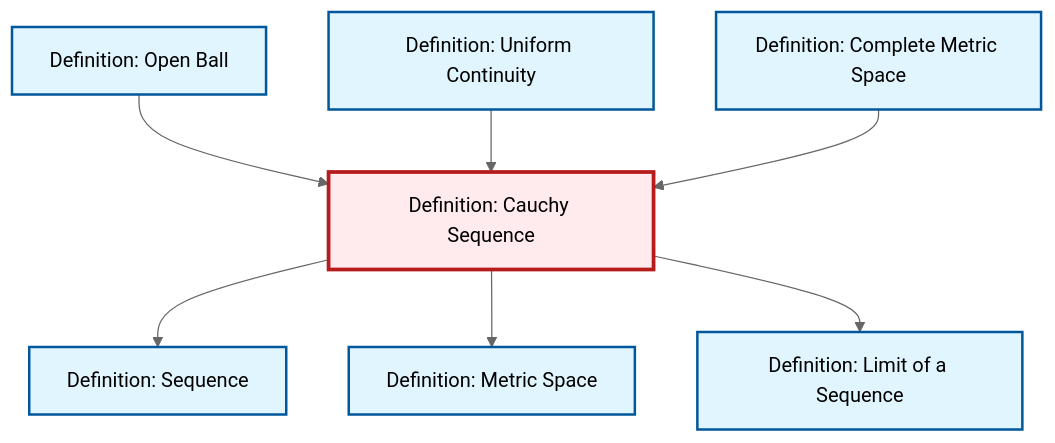
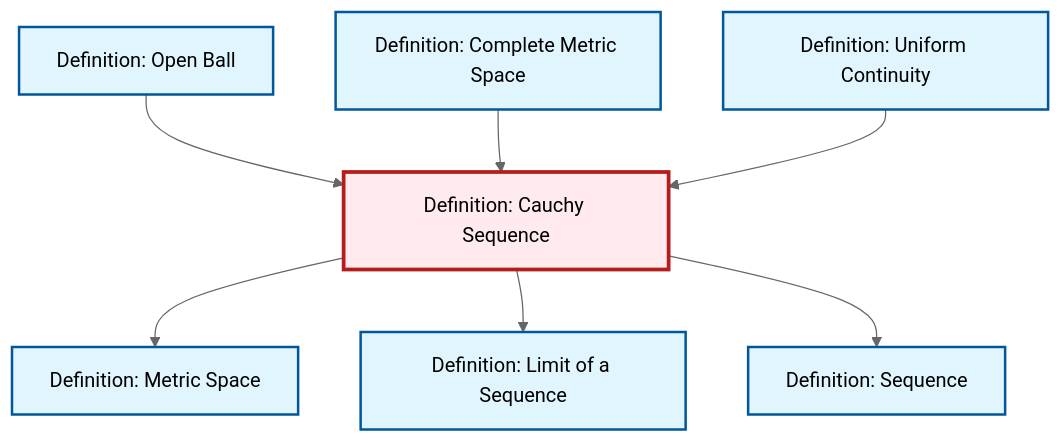
One commit to RK0429/ModernMath changed the diagram in content/en/analysis/def-cauchy-sequence.qmd. Above: the diagram before and after it, drawn with Mermaid (neutral theme). The commit also changed other lines of this file and 672 other files, not shown here.

````diff
--- a/content/en/analysis/def-cauchy-sequence.qmd
+++ b/content/en/analysis/def-cauchy-sequence.qmd
@@ -88,29 +88,29 @@
 ```{mermaid}
 %%| fig-cap: "Local dependency graph"
 graph TD
     classDef definition fill:#e1f5fe,stroke:#01579b,stroke-width:2px
     classDef theorem fill:#f3e5f5,stroke:#4a148c,stroke-width:2px
     classDef axiom fill:#fff3e0,stroke:#e65100,stroke-width:2px
     classDef example fill:#e8f5e9,stroke:#1b5e20,stroke-width:2px
     classDef current fill:#ffebee,stroke:#b71c1c,stroke-width:3px
+    def-cauchy-sequence["Definition: Cauchy Sequence"]:::definition
+    def-uniform-continuity["Definition: Uniform Continuity"]:::definition
     def-limit["Definition: Limit of a Sequence"]:::definition
+    def-metric-space["Definition: Metric Space"]:::definition
     def-open-ball["Definition: Open Ball"]:::definition
-    def-metric-space["Definition: Metric Space"]:::definition
     def-complete-metric-space["Definition: Complete Metric Space"]:::definition
-    def-uniform-continuity["Definition: Uniform Continuity"]:::definition
     def-sequence["Definition: Sequence"]:::definition
-    def-cauchy-sequence["Definition: Cauchy Sequence"]:::definition
+    def-cauchy-sequence --> def-metric-space
     def-open-ball --> def-cauchy-sequence
+    def-cauchy-sequence --> def-limit
+    def-cauchy-sequence --> def-sequence
+    def-complete-metric-space --> def-cauchy-sequence
     def-uniform-continuity --> def-cauchy-sequence
-    def-cauchy-sequence --> def-sequence
-    def-cauchy-sequence --> def-metric-space
-    def-complete-metric-space --> def-cauchy-sequence
-    def-cauchy-sequence --> def-limit
     class def-cauchy-sequence current
+    click def-uniform-continuity "def-uniform-continuity.html" "Go to Uniform Continuity definition"
     click def-limit "def-limit.html" "Go to Limit of a Sequence definition"
+    click def-metric-space "def-metric-space.html" "Go to Metric Space definition"
     click def-open-ball "def-open-ball.html" "Go to Open Ball definition"
-    click def-metric-space "def-metric-space.html" "Go to Metric Space definition"
     click def-complete-metric-space "def-complete-metric-space.html" "Go to Complete Metric Space definition"
-    click def-uniform-continuity "def-uniform-continuity.html" "Go to Uniform Continuity definition"
     click def-sequence "def-sequence.html" "Go to Sequence definition"
 ```
````
